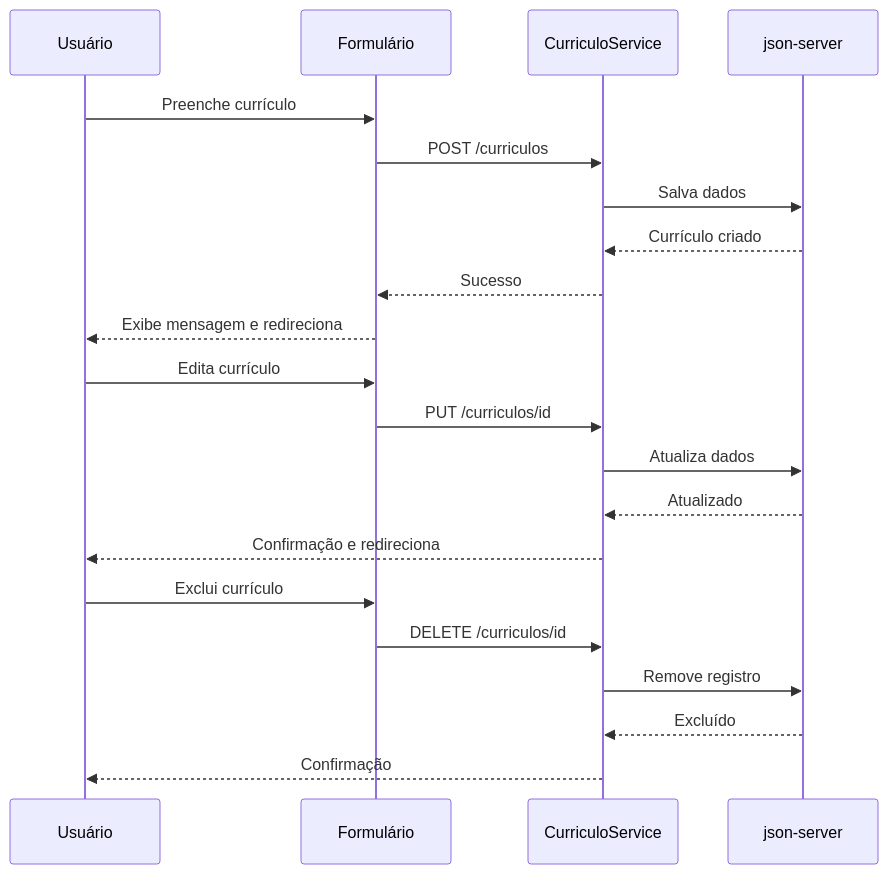
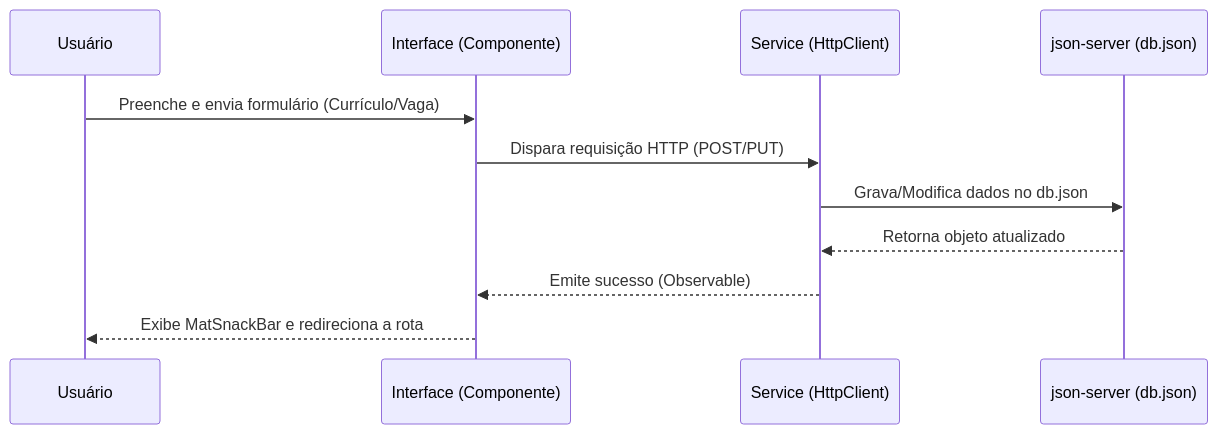
One commit to Hope0013/Projeto_RH changed the third of 3 diagrams in README.md. Above: the diagram before and after it, drawn with Mermaid. The commit also changed other lines of this file, not shown here.

````diff
--- a/README.md
+++ b/README.md
@@ -315,28 +242,16 @@
 ```mermaid
 sequenceDiagram
 
 participant U as Usuário
-participant F as Formulário
-participant S as CurriculoService
-participant J as json-server
+participant F as Interface (Componente)
+participant S as Service (HttpClient)
+participant J as json-server (db.json)
 
-U->>F: Preenche currículo
-F->>S: POST /curriculos
-S->>J: Salva dados
-J-->>S: Currículo criado
-S-->>F: Sucesso
-F-->>U: Exibe mensagem e redireciona
-
-U->>F: Edita currículo
-F->>S: PUT /curriculos/id
-S->>J: Atualiza dados
-J-->>S: Atualizado
-S-->>U: Confirmação e redireciona
-
-U->>F: Exclui currículo
-F->>S: DELETE /curriculos/id
-S->>J: Remove registro
-J-->>S: Excluído
-S-->>U: Confirmação
+U->>F: Preenche e envia formulário (Currículo/Vaga)
+F->>S: Dispara requisição HTTP (POST/PUT)
+S->>J: Grava/Modifica dados no db.json
+J-->>S: Retorna objeto atualizado
+S-->>F: Emite sucesso (Observable)
+F-->>U: Exibe MatSnackBar e redireciona a rota
 
 ```
````
